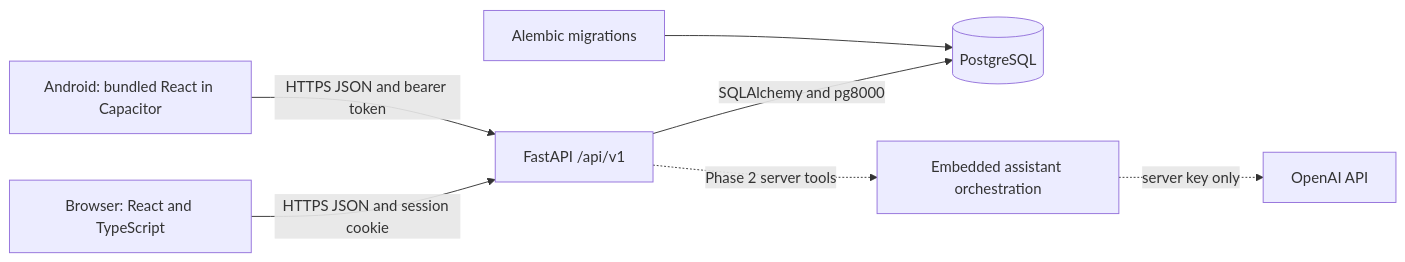
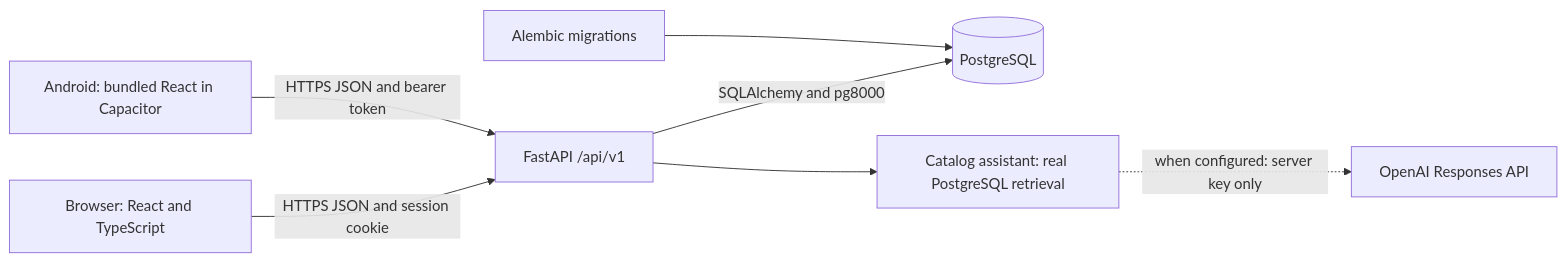
The diagram in docs/architecture.md (shiodr/E-Library-AI_DelRio), drawn with Mermaid before and after one commit. The commit also changed other lines of this file and 68 other files, not shown here.

````diff
--- a/docs/architecture.md
+++ b/docs/architecture.md
@@ -7,9 +7,9 @@
 ```mermaid
 flowchart LR
     Web[Browser: React and TypeScript] -->|HTTPS JSON and session cookie| API[FastAPI /api/v1]
     Android[Android: bundled React in Capacitor] -->|HTTPS JSON and bearer token| API
     API -->|SQLAlchemy and pg8000| DB[(PostgreSQL)]
     Migrations[Alembic migrations] --> DB
-    API -. Phase 2 server tools .-> Agent[Embedded assistant orchestration]
-    Agent -. server key only .-> OpenAI[OpenAI API]
+    API --> Agent[Catalog assistant: real PostgreSQL retrieval]
+    Agent -. when configured: server key only .-> OpenAI[OpenAI Responses API]
 ```
````
